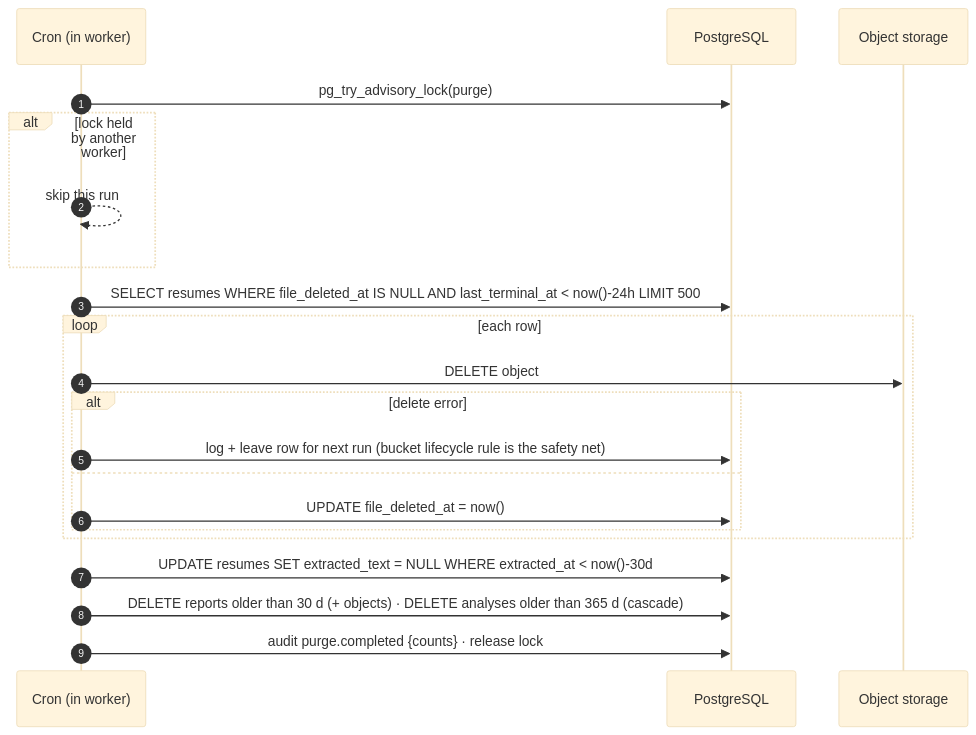
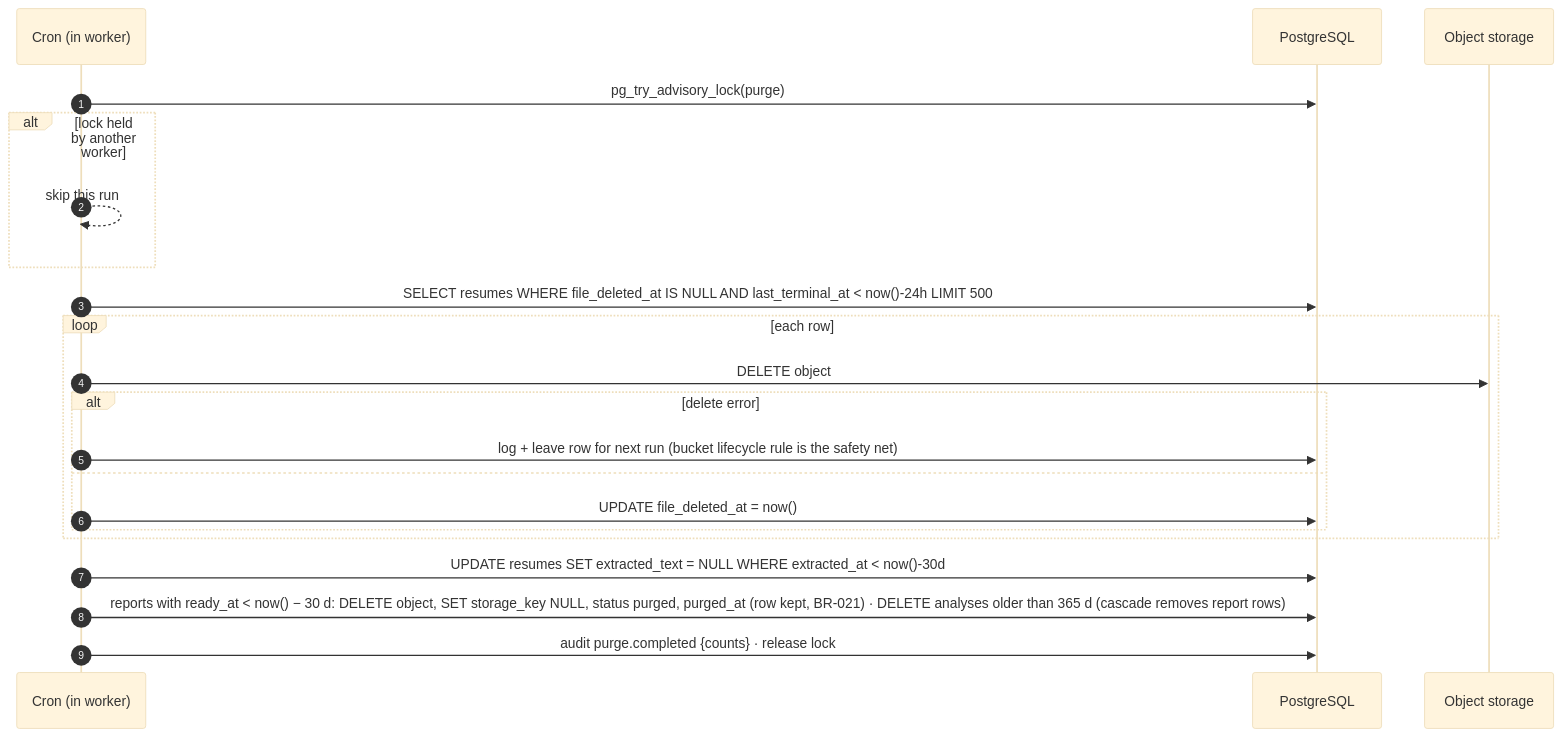
The eighth of 12 diagrams in sandip/spec.md (divii-school/spec-homework), drawn with Mermaid (base theme) before and after one commit. The commit also changed other lines of this file and 1 other file, not shown here.

First line of the commit message:
docs(spec): apply coordinator feedback — expiry rule alignment, report purge rules (v1.4)

````diff
--- a/sandip/spec.md
+++ b/sandip/spec.md
@@ -816,23 +817,23 @@
 ```mermaid
 sequenceDiagram
   autonumber
   participant C as Cron (in worker)
   participant P as PostgreSQL
   participant S as Object storage
   C->>P: pg_try_advisory_lock(purge)
   alt lock held by another worker
     C-->>C: skip this run
   end
   C->>P: SELECT resumes WHERE file_deleted_at IS NULL AND last_terminal_at < now()-24h LIMIT 500
   loop each row
     C->>S: DELETE object
     alt delete error
       C->>P: log + leave row for next run (bucket lifecycle rule is the safety net)
     else
       C->>P: UPDATE file_deleted_at = now()
     end
   end
   C->>P: UPDATE resumes SET extracted_text = NULL WHERE extracted_at < now()-30d
-  C->>P: DELETE reports older than 30 d (+ objects) · DELETE analyses older than 365 d (cascade)
+  C->>P: reports with ready_at < now() − 30 d: DELETE object, SET storage_key NULL, status purged, purged_at (row kept, BR-021) · DELETE analyses older than 365 d (cascade removes report rows)
   C->>P: audit purge.completed {counts} · release lock
 ```
````
